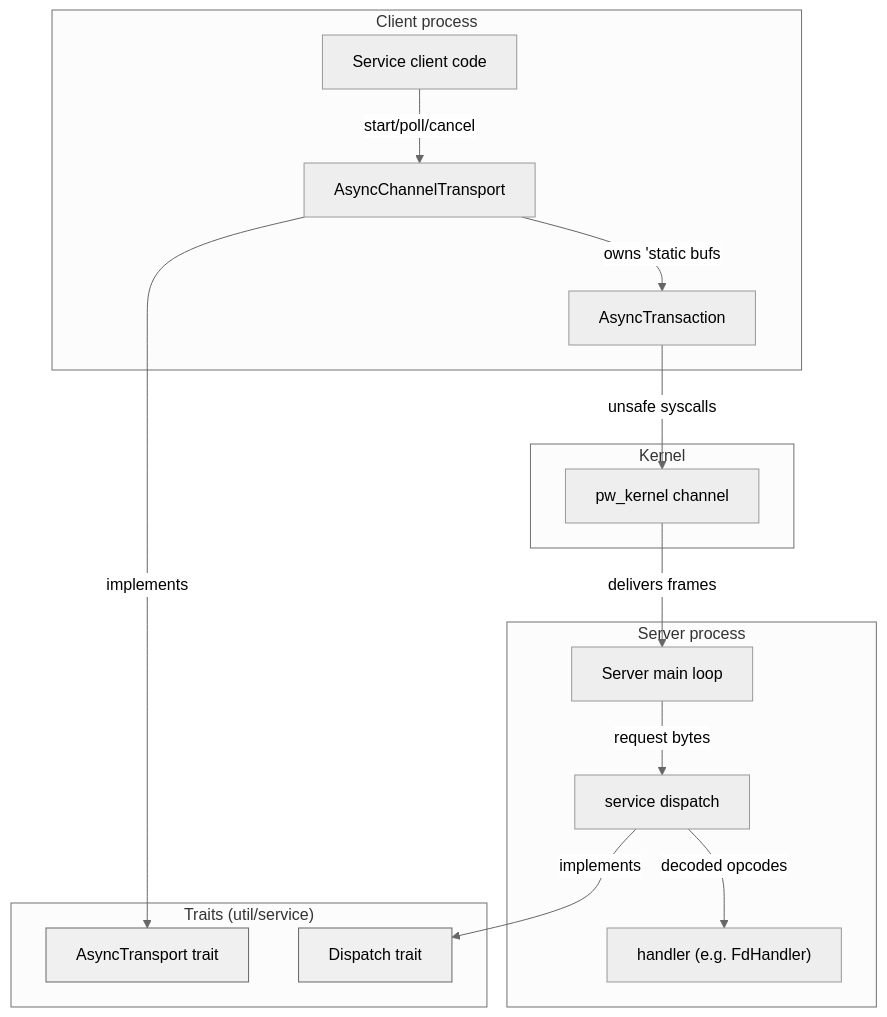
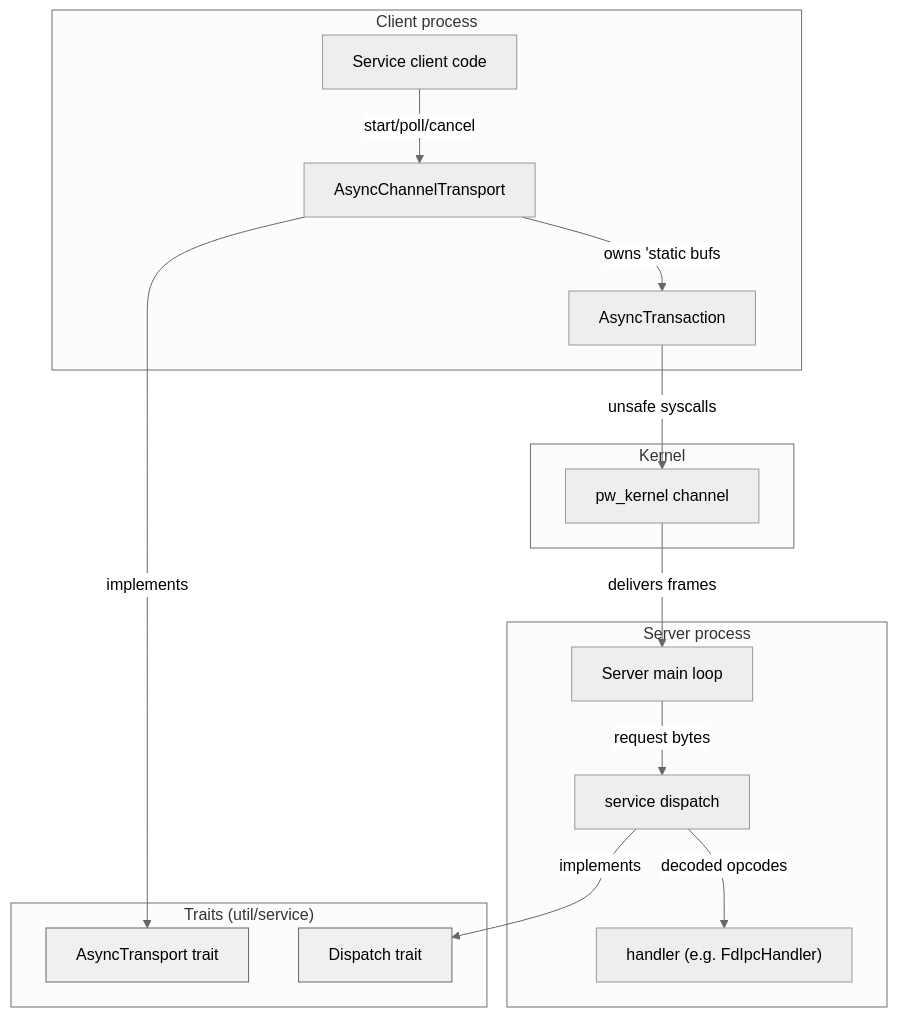
One commit to rusty1968/openprot changed the third of 3 diagrams in docs/src/design/ipc-service-stack.md. Above: the diagram before and after it, drawn with Mermaid (neutral theme). The commit also changed other lines of this file and 1 other file, not shown here.

First line of the commit message:
pldm: Name the FD IPC server and handler for the channel they serve

````diff
--- a/docs/src/design/ipc-service-stack.md
+++ b/docs/src/design/ipc-service-stack.md
@@ -79,35 +79,35 @@
 ```mermaid
 graph TD
     subgraph "Client process"
         CL[Service client code]
         CT[AsyncChannelTransport]
         AT[AsyncTransaction]
     end
 
     subgraph "Kernel"
         CH[pw_kernel channel]
     end
 
     subgraph "Server process"
         SV[Server main loop]
         DS[service dispatch]
-        FH["handler (e.g. FdHandler)"]
+        FH["handler (e.g. FdIpcHandler)"]
     end
 
     subgraph "Traits (util/service)"
         TR["AsyncTransport trait"]
         DI["Dispatch trait"]
     end
 
     CL -->|"start/poll/cancel"| CT
     CT -->|"implements"| TR
     CT -->|"owns 'static bufs"| AT
     AT -->|"unsafe syscalls"| CH
     CH -->|"delivers frames"| SV
     SV -->|"request bytes"| DS
     DS -->|"implements"| DI
     DS -->|"decoded opcodes"| FH
 
     style TR fill:#f0f0f0,stroke:#666
     style DI fill:#f0f0f0,stroke:#666
 ```
````
